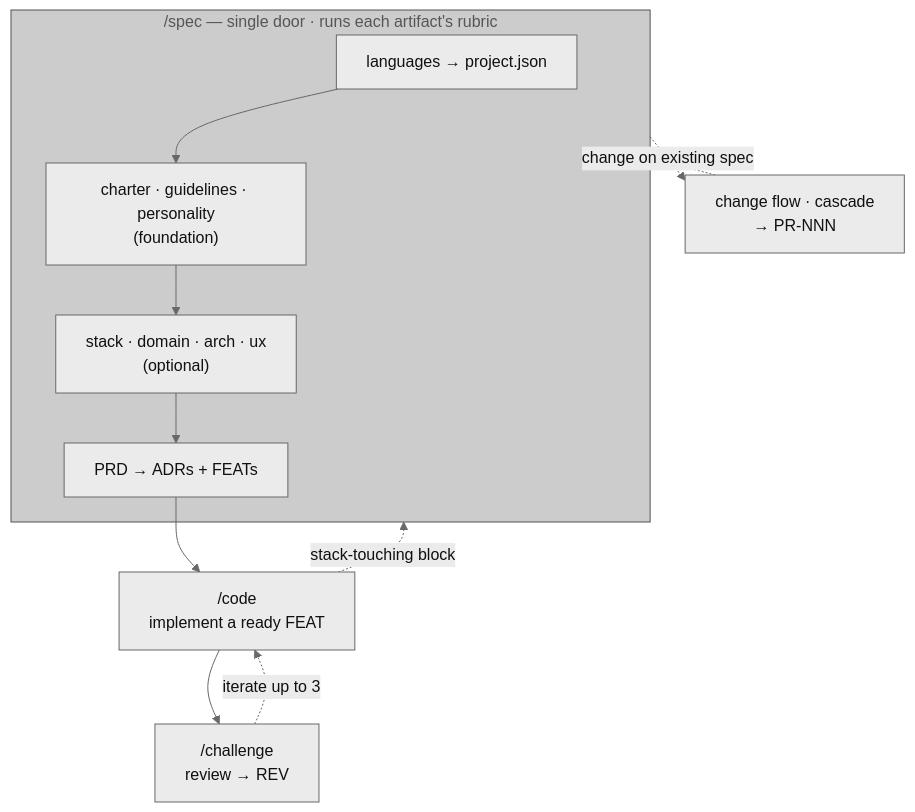
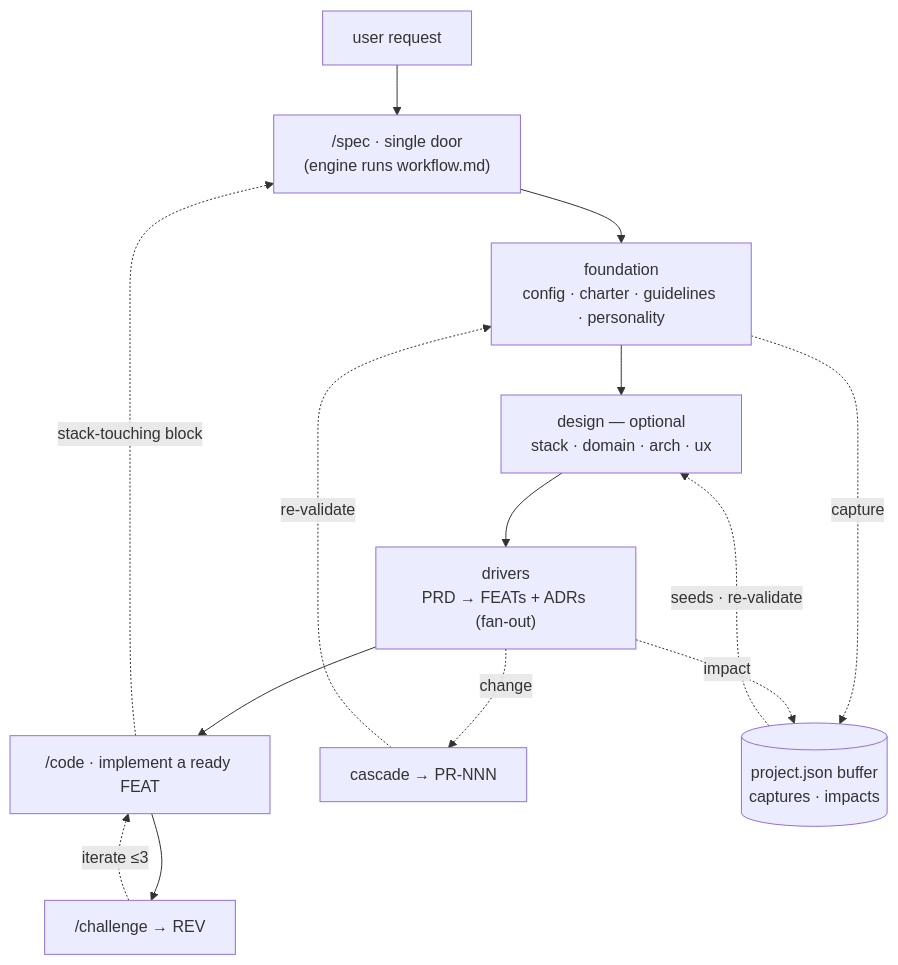
The second of 2 diagrams in README.md (ccosming/skills), drawn with Mermaid before and after one commit. The commit also changed other lines of this file and 7 other files, not shown here.

First line of the commit message:
docs(diagrams): redo the workflow diagram and drop the mermaid theme

````diff
--- a/README.md
+++ b/README.md
@@ -55,21 +80,17 @@
 ```mermaid
-%%{init: {'theme':'base','themeVariables':{'primaryColor':'#ebebeb','primaryBorderColor':'#686868','primaryTextColor':'#101010','lineColor':'#686868','secondaryColor':'#cccccc','tertiaryColor':'#a9a9a9','clusterBkg':'#cccccc','clusterBorder':'#525252','edgeLabelBackground':'#ebebeb'}}}%%
 flowchart TD
-    subgraph Spec["/spec — single door · runs each artifact's rubric"]
-        Config["languages → project.json"]
-        Found["charter · guidelines · personality<br/>(foundation)"]
-        Opt["stack · domain · arch · ux<br/>(optional)"]
-        PRD["PRD → ADRs + FEATs"]
-        Config --> Found --> Opt --> PRD
-    end
-    Code["/code<br/>implement a ready FEAT"]
-    Challenge["/challenge<br/>review → REV"]
-    Change["change flow · cascade<br/>→ PR-NNN"]
-
-    PRD --> Code
-    Code -.->|stack-touching block| Spec
-    Code --> Challenge
-    Challenge -.->|iterate up to 3| Code
-    Spec -.->|change on existing spec| Change
-    Change -.-> Spec
+    U["user request"] --> SP["/spec · single door<br/>(engine runs workflow.md)"]
+    SP --> FND["foundation<br/>config · charter · guidelines · personality"]
+    FND --> DSG["design — optional<br/>stack · domain · arch · ux"]
+    DSG --> DRV["drivers<br/>PRD → FEATs + ADRs (fan-out)"]
+    DRV --> CODE["/code · implement a ready FEAT"]
+    CODE --> CH["/challenge → REV"]
+    CH -.->|iterate ≤3| CODE
+    CODE -.->|stack-touching block| SP
+    DRV -.->|change| PR["cascade → PR-NNN"]
+    PR -.->|re-validate| FND
+    BUF[("project.json buffer<br/>captures · impacts")]
+    FND -.->|capture| BUF
+    DRV -.->|impact| BUF
+    BUF -.->|seeds · re-validate| DSG
 ```
````
